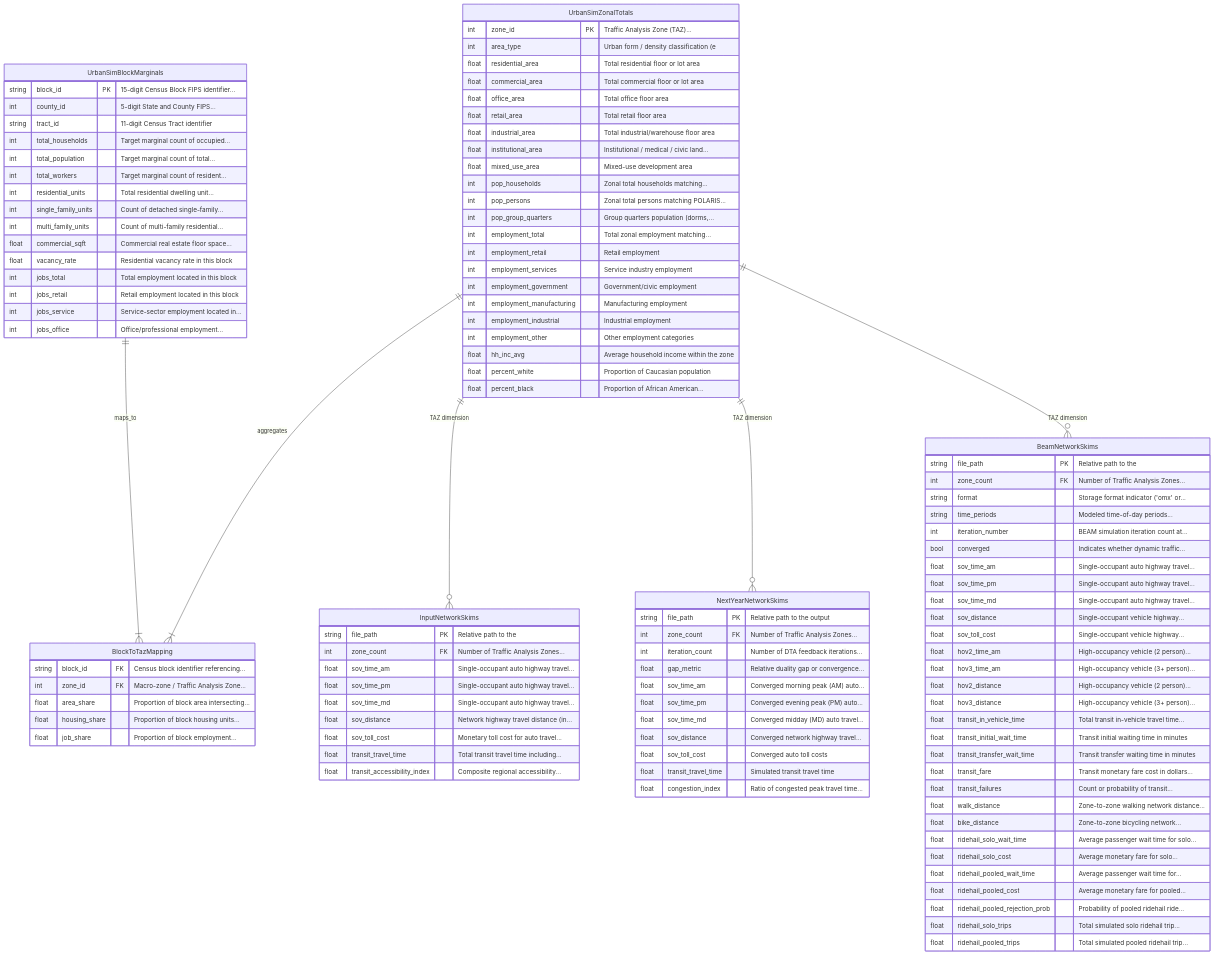
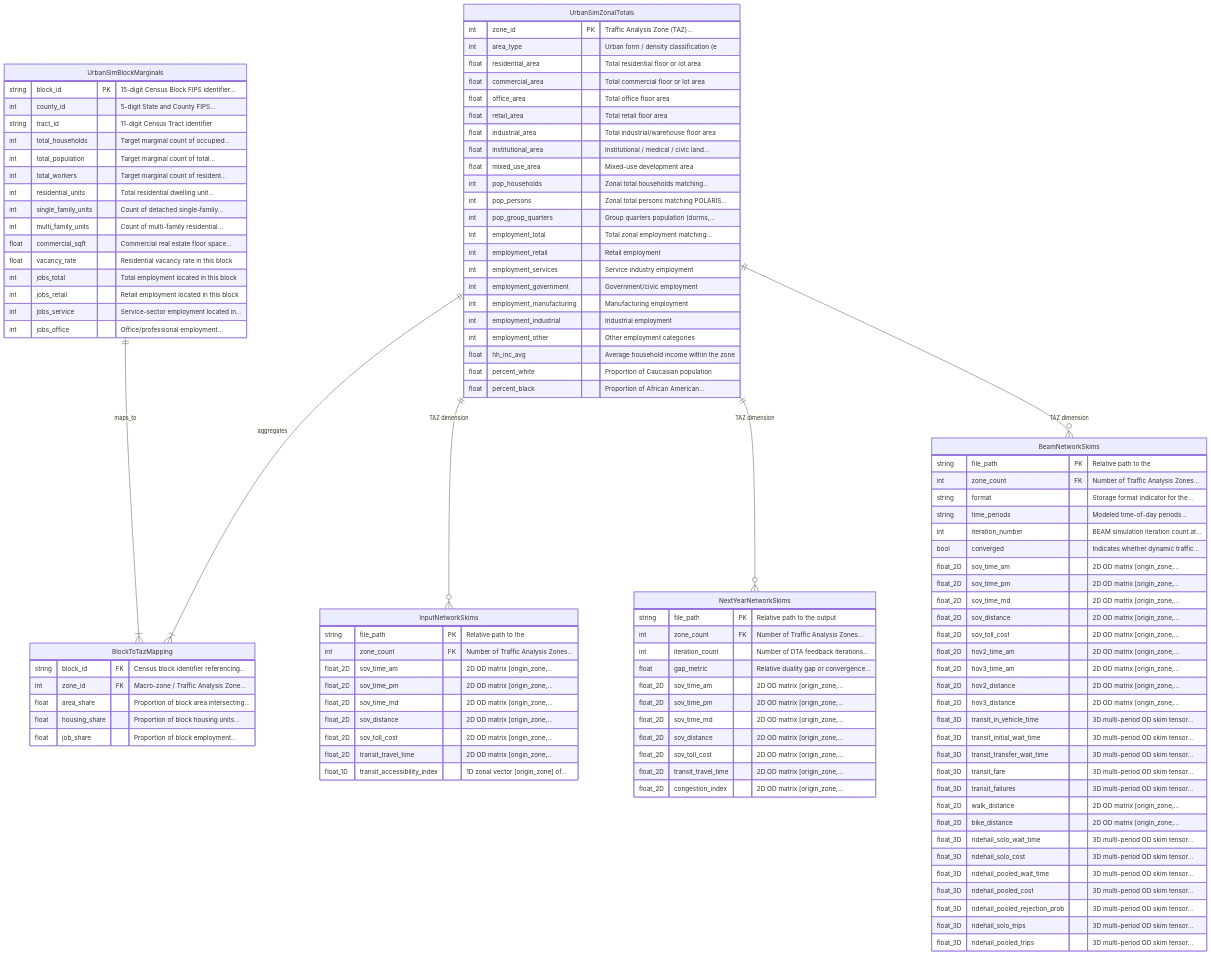
One commit to LBNL-UCB-STI/synergy-schema changed the fifth of 6 diagrams in docs/cross-model-mappings/interactive-schema.md. Above: the diagram before and after it, drawn with Mermaid. The commit also changed other lines of this file and 22 other files, not shown here.

Commit message:
feat(schema): upgrade LinkML to 1.12.1, add array skims, default BeamNetworkSkims, and POLARIS state outputs

```diff
--- a/docs/cross-model-mappings/interactive-schema.md
+++ b/docs/cross-model-mappings/interactive-schema.md
@@ -1259,33 +1259,33 @@
         BeamNetworkSkims {
             string file_path PK "Relative path to the"
             int zone_count FK "Number of Traffic Analysis Zones..."
-            string format "Storage format indicator ('omx' or..."
+            string format "Storage format indicator for the..."
             string time_periods "Modeled time-of-day periods..."
             int iteration_number "BEAM simulation iteration count at..."
             bool converged "Indicates whether dynamic traffic..."
-            float sov_time_am "Single-occupant auto highway travel..."
-            float sov_time_pm "Single-occupant auto highway travel..."
-            float sov_time_md "Single-occupant auto highway travel..."
-            float sov_distance "Single-occupant vehicle highway..."
-            float sov_toll_cost "Single-occupant vehicle highway..."
-            float hov2_time_am "High-occupancy vehicle (2 person)..."
-            float hov3_time_am "High-occupancy vehicle (3+ person)..."
-            float hov2_distance "High-occupancy vehicle (2 person)..."
-            float hov3_distance "High-occupancy vehicle (3+ person)..."
-            float transit_in_vehicle_time "Total transit in-vehicle travel time..."
-            float transit_initial_wait_time "Transit initial waiting time in minutes"
-            float transit_transfer_wait_time "Transit transfer waiting time in minutes"
-            float transit_fare "Transit monetary fare cost in dollars..."
-            float transit_failures "Count or probability of transit..."
-            float walk_distance "Zone-to-zone walking network distance..."
-            float bike_distance "Zone-to-zone bicycling network..."
-            float ridehail_solo_wait_time "Average passenger wait time for solo..."
-            float ridehail_solo_cost "Average monetary fare for solo..."
-            float ridehail_pooled_wait_time "Average passenger wait time for..."
-            float ridehail_pooled_cost "Average monetary fare for pooled..."
-            float ridehail_pooled_rejection_prob "Probability of pooled ridehail ride..."
-            float ridehail_solo_trips "Total simulated solo ridehail trip..."
-            float ridehail_pooled_trips "Total simulated pooled ridehail trip..."
+            float_2D sov_time_am "2D OD matrix [origin_zone,..."
+            float_2D sov_time_pm "2D OD matrix [origin_zone,..."
+            float_2D sov_time_md "2D OD matrix [origin_zone,..."
+            float_2D sov_distance "2D OD matrix [origin_zone,..."
+            float_2D sov_toll_cost "2D OD matrix [origin_zone,..."
+            float_2D hov2_time_am "2D OD matrix [origin_zone,..."
+            float_2D hov3_time_am "2D OD matrix [origin_zone,..."
+            float_2D hov2_distance "2D OD matrix [origin_zone,..."
+            float_2D hov3_distance "2D OD matrix [origin_zone,..."
+            float_3D transit_in_vehicle_time "3D multi-period OD skim tensor..."
+            float_3D transit_initial_wait_time "3D multi-period OD skim tensor..."
+            float_3D transit_transfer_wait_time "3D multi-period OD skim tensor..."
+            float_3D transit_fare "3D multi-period OD skim tensor..."
+            float_3D transit_failures "3D multi-period OD skim tensor..."
+            float_2D walk_distance "2D OD matrix [origin_zone,..."
+            float_2D bike_distance "2D OD matrix [origin_zone,..."
+            float_3D ridehail_solo_wait_time "3D multi-period OD skim tensor..."
+            float_3D ridehail_solo_cost "3D multi-period OD skim tensor..."
+            float_3D ridehail_pooled_wait_time "3D multi-period OD skim tensor..."
+            float_3D ridehail_pooled_cost "3D multi-period OD skim tensor..."
+            float_3D ridehail_pooled_rejection_prob "3D multi-period OD skim tensor..."
+            float_3D ridehail_solo_trips "3D multi-period OD skim tensor..."
+            float_3D ridehail_pooled_trips "3D multi-period OD skim tensor..."
         }
 
         BlockToTazMapping {
@@ -1299,13 +1299,13 @@
         InputNetworkSkims {
             string file_path PK "Relative path to the"
             int zone_count FK "Number of Traffic Analysis Zones..."
-            float sov_time_am "Single-occupant auto highway travel..."
-            float sov_time_pm "Single-occupant auto highway travel..."
-            float sov_time_md "Single-occupant auto highway travel..."
-            float sov_distance "Network highway travel distance (in..."
-            float sov_toll_cost "Monetary toll cost for auto travel..."
-            float transit_travel_time "Total transit travel time including..."
-            float transit_accessibility_index "Composite regional accessibility..."
+            float_2D sov_time_am "2D OD matrix [origin_zone,..."
+            float_2D sov_time_pm "2D OD matrix [origin_zone,..."
+            float_2D sov_time_md "2D OD matrix [origin_zone,..."
+            float_2D sov_distance "2D OD matrix [origin_zone,..."
+            float_2D sov_toll_cost "2D OD matrix [origin_zone,..."
+            float_2D transit_travel_time "2D OD matrix [origin_zone,..."
+            float_1D transit_accessibility_index "1D zonal vector [origin_zone] of..."
         }
 
         NextYearNetworkSkims {
@@ -1313,13 +1313,13 @@
             int zone_count FK "Number of Traffic Analysis Zones..."
             int iteration_count "Number of DTA feedback iterations..."
             float gap_metric "Relative duality gap or convergence..."
-            float sov_time_am "Converged morning peak (AM) auto..."
-            float sov_time_pm "Converged evening peak (PM) auto..."
-            float sov_time_md "Converged midday (MD) auto travel..."
-            float sov_distance "Converged network highway travel..."
-            float sov_toll_cost "Converged auto toll costs"
-            float transit_travel_time "Simulated transit travel time"
-            float congestion_index "Ratio of congested peak travel time..."
+            float_2D sov_time_am "2D OD matrix [origin_zone,..."
+            float_2D sov_time_pm "2D OD matrix [origin_zone,..."
+            float_2D sov_time_md "2D OD matrix [origin_zone,..."
+            float_2D sov_distance "2D OD matrix [origin_zone,..."
+            float_2D sov_toll_cost "2D OD matrix [origin_zone,..."
+            float_2D transit_travel_time "2D OD matrix [origin_zone,..."
+            float_2D congestion_index "2D OD matrix [origin_zone,..."
         }
 
         UrbanSimBlockMarginals {
```
